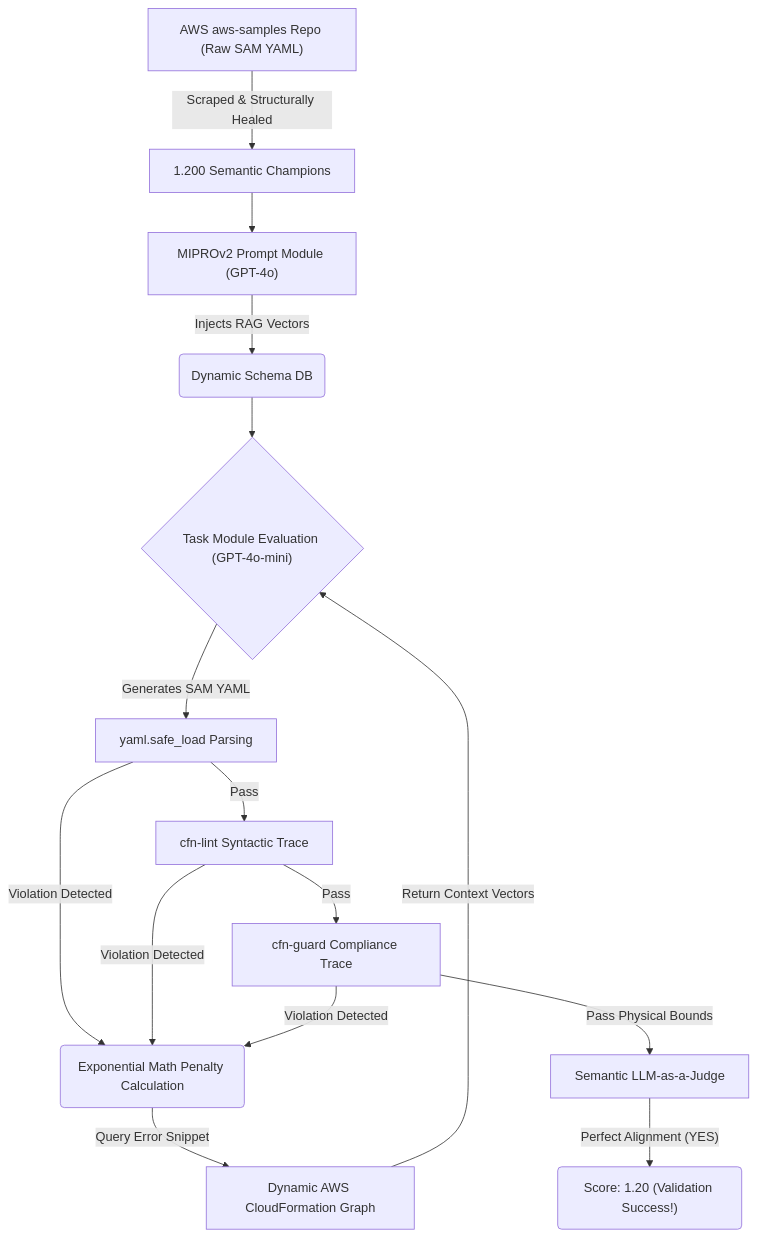
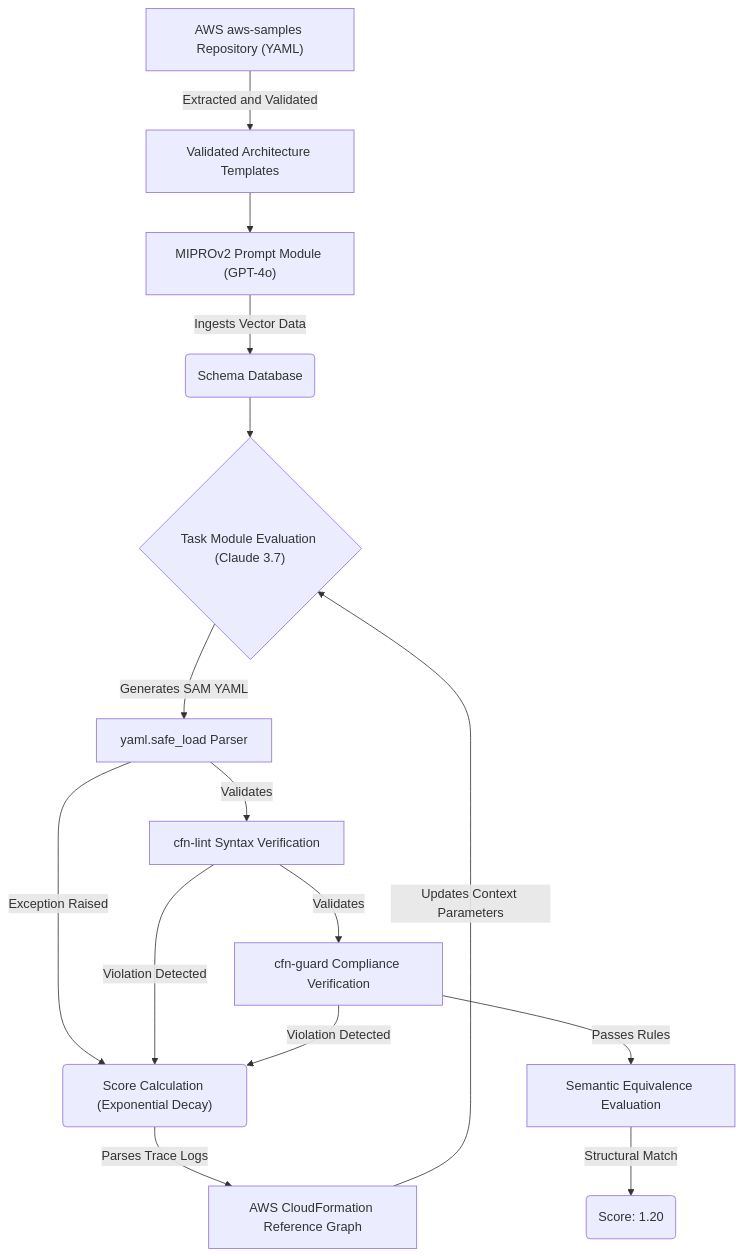
Before and after one commit to vjb/iac-self-healer: the diagram in README.md, drawn with Mermaid. The commit also changed other lines of this file and 4 other files, not shown here.

````diff
--- a/README.md
+++ b/README.md
@@ -7,21 +7,21 @@
 ```mermaid
 graph TD
-    Z["AWS aws-samples Repo (Raw SAM YAML)"] -->|Scraped & Structurally Healed| Y["1.200 Semantic Champions"]
+    Z["AWS aws-samples Repository (YAML)"] -->|Extracted and Validated| Y["Validated Architecture Templates"]
     Y --> A
-    A["MIPROv2 Prompt Module (GPT-4o)"] -->|Injects RAG Vectors| B("Dynamic Schema DB")
-    B --> C{"Task Module Evaluation (GPT-4o-mini)"}
+    A["MIPROv2 Prompt Module (GPT-4o)"] -->|Ingests Vector Data| B("Schema Database")
+    B --> C{"Task Module Evaluation (Claude 3.7)"}
     
-    C -->|Generates SAM YAML| D["yaml.safe_load Parsing"]
-    D -->|Pass| E["cfn-lint Syntactic Trace"]
-    E -->|Pass| F["cfn-guard Compliance Trace"]
+    C -->|Generates SAM YAML| D["yaml.safe_load Parser"]
+    D -->|Validates| E["cfn-lint Syntax Verification"]
+    E -->|Validates| F["cfn-guard Compliance Verification"]
     
-    D -->|Violation Detected| J("Exponential Math Penalty Calculation")
+    D -->|Exception Raised| J("Score Calculation (Exponential Decay)")
     E -->|Violation Detected| J
     F -->|Violation Detected| J
     
-    F -->|Pass Physical Bounds| G["Semantic LLM-as-a-Judge"]
-    G -->|"Perfect Alignment (YES)"| H("Score: 1.20 (Validation Success!)")
+    F -->|Passes Rules| G["Semantic Equivalence Evaluation"]
+    G -->|"Structural Match"| H("Score: 1.20")
     
-    J -->|Query Error Snippet| K["Dynamic AWS CloudFormation Graph"]
-    K -->|Return Context Vectors| C
+    J -->|Parses Trace Logs| K["AWS CloudFormation Reference Graph"]
+    K -->|Updates Context Parameters| C
 ```
````
